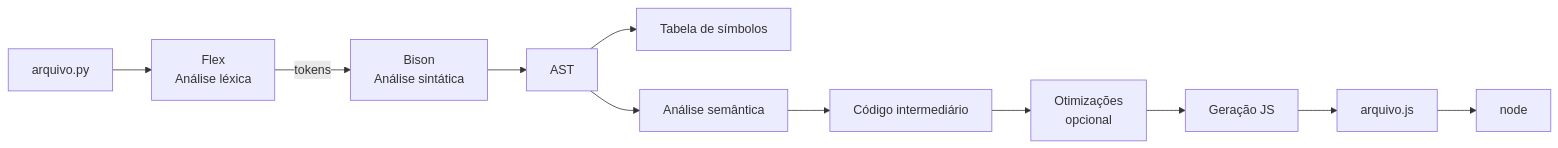
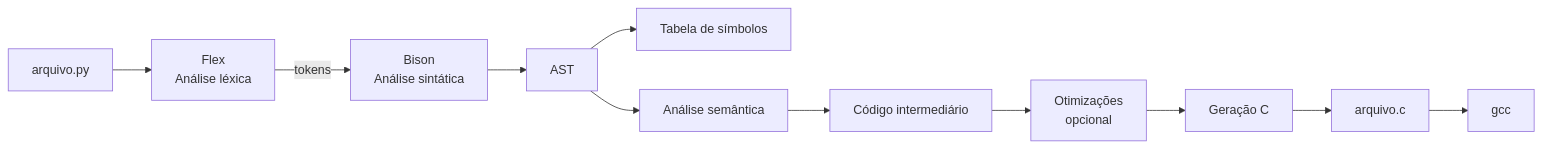
One commit to compiladores-01/-FGA0003Compiladores1-T02.G16 changed the diagram in docs/Projeto_Final/Guia_detalhado.md. Above: the diagram before and after it, drawn with Mermaid. The commit also changed other lines of this file and 79 other files, not shown here.

````diff
--- a/docs/Projeto_Final/Guia_detalhado.md
+++ b/docs/Projeto_Final/Guia_detalhado.md
@@ -11,13 +11,13 @@
 ```mermaid
 flowchart LR
     PY[arquivo.py] --> L[Flex\nAnálise léxica]
     L -->|tokens| P[Bison\nAnálise sintática]
     P --> AST[AST]
     AST --> TS[Tabela de símbolos]
     AST --> SEM[Análise semântica]
     SEM --> IR[Código intermediário]
     IR --> OPT[Otimizações\nopcional]
-    OPT --> GEN[Geração JS]
-    GEN --> JS[arquivo.js]
-    JS --> N[node]
+    OPT --> GEN[Geração C]
+    GEN --> C[arquivo.c]
+    C --> GCC[gcc]
 ```
````
